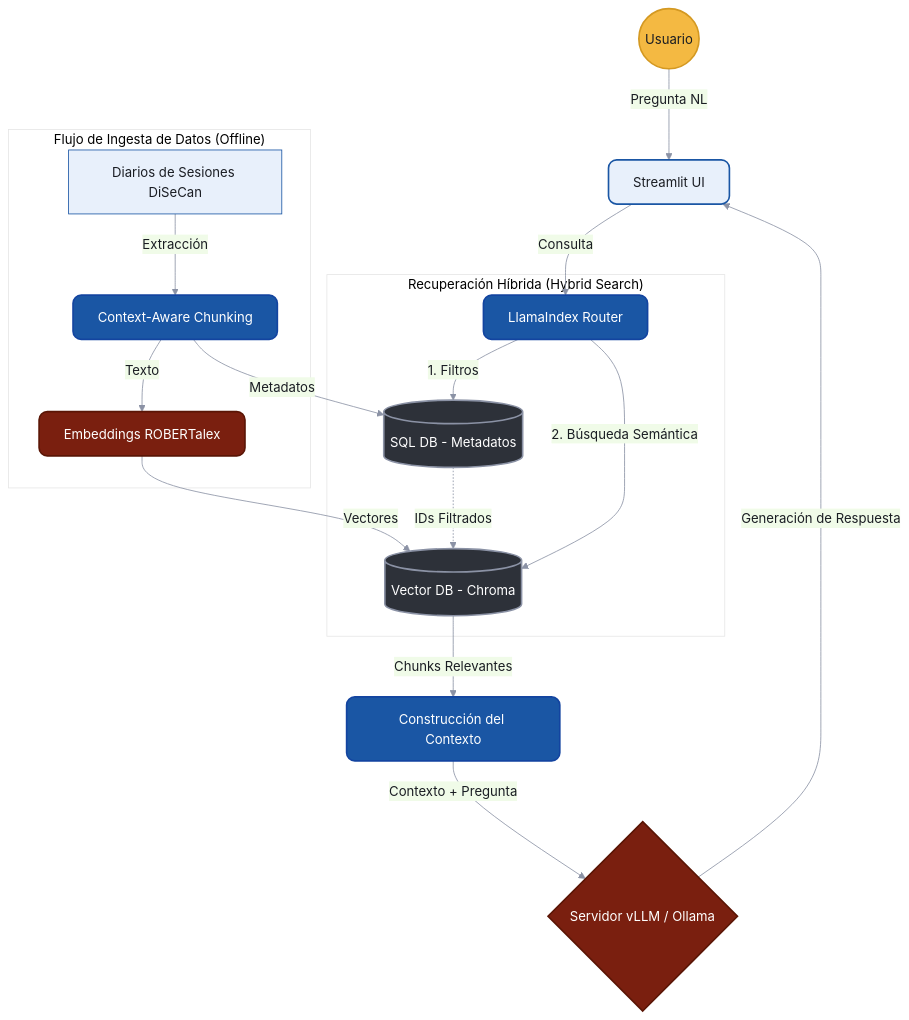
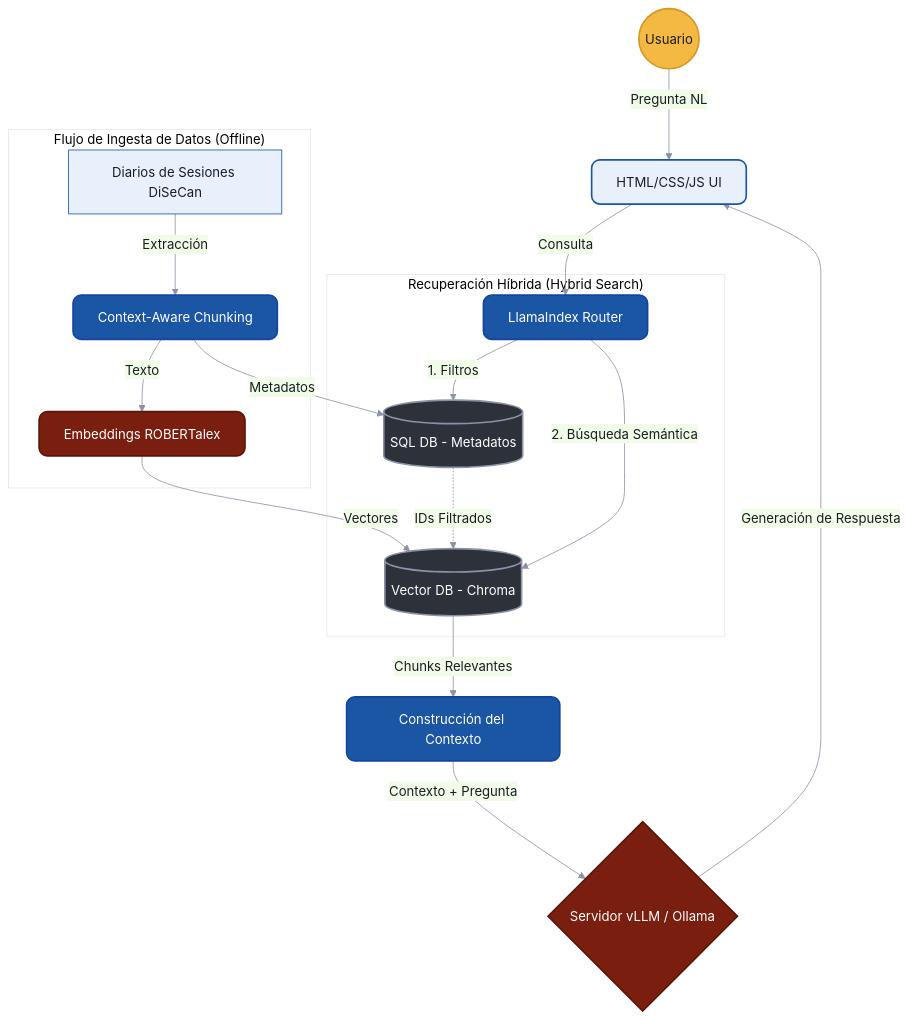
The diagram in docs/design/architecture_diagram.md (DavidSMtl/TFT_RAG_DISECAN), drawn with Mermaid before and after one commit. The commit also changed 7 other files, not shown here.

````diff
--- a/docs/design/architecture_diagram.md
+++ b/docs/design/architecture_diagram.md
@@ -1,45 +1,45 @@
 ```mermaid
 %%{
   init: {
     'theme': 'base',
     'themeVariables': {
       'primaryColor': '#e8f0fb',
       'primaryTextColor': '#1a1d23',
       'primaryBorderColor': '#1a56a4',
       'lineColor': '#8b92a5',
       'tertiaryColor': '#fff'
     }
   }
 }%%
 graph TD
     classDef usuario fill:#f4b942,stroke:#d49922,stroke-width:2px,color:#1a1d23,rx:50,ry:50;
     classDef frontend fill:#e8f0fb,stroke:#1a56a4,stroke-width:2px,color:#1a1d23,rx:10,ry:10;
     classDef orquestador fill:#1a56a4,stroke:#1344a0,stroke-width:2px,color:#fff,rx:10,ry:10;
     classDef bd fill:#2d3139,stroke:#8b92a5,stroke-width:2px,color:#fff,rx:10,ry:10;
     classDef llm fill:#7a1f0f,stroke:#5a1505,stroke-width:2px,color:#fff,rx:10,ry:10;
 
     %% Flujo del Usuario (Online)
-    User((Usuario)):::usuario -->|Pregunta NL| UI[Streamlit UI]:::frontend
+    User((Usuario)):::usuario -->|Pregunta NL| UI[HTML/CSS/JS UI]:::frontend
     UI -->|Consulta| LlamaIndex[LlamaIndex Router]:::orquestador
     
     %% Recuperación Híbrida
     subgraph Recuperación["Recuperación Híbrida (Hybrid Search)"]
         LlamaIndex -->|1. Filtros| SQLDB[(SQL DB - Metadatos)]:::bd
         LlamaIndex -->|2. Búsqueda Semántica| VecDB[(Vector DB - Chroma)]:::bd
         SQLDB -.->|IDs Filtrados| VecDB
     end
 
     VecDB -->|Chunks Relevantes| Prompt[Construcción del Contexto]:::orquestador
     
     %% Generación
     Prompt -->|Contexto + Pregunta| vLLM{Servidor vLLM / Ollama}:::llm
     vLLM -->|Generación de Respuesta| UI
     
     %% Flujo de Ingesta (Offline)
     subgraph Ingesta["Flujo de Ingesta de Datos (Offline)"]
         Actas[Diarios de Sesiones DiSeCan] -->|Extracción| Chunking[Context-Aware Chunking]:::orquestador
         Chunking -->|Texto| Embeddings[Embeddings ROBERTalex]:::llm
         Chunking -->|Metadatos| SQLDB
         Embeddings -->|Vectores| VecDB
     end
 ```
````
